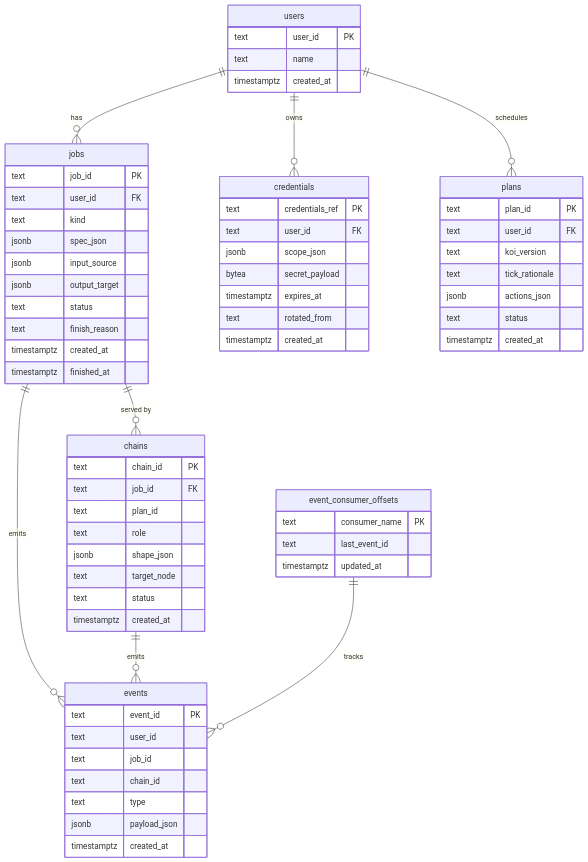
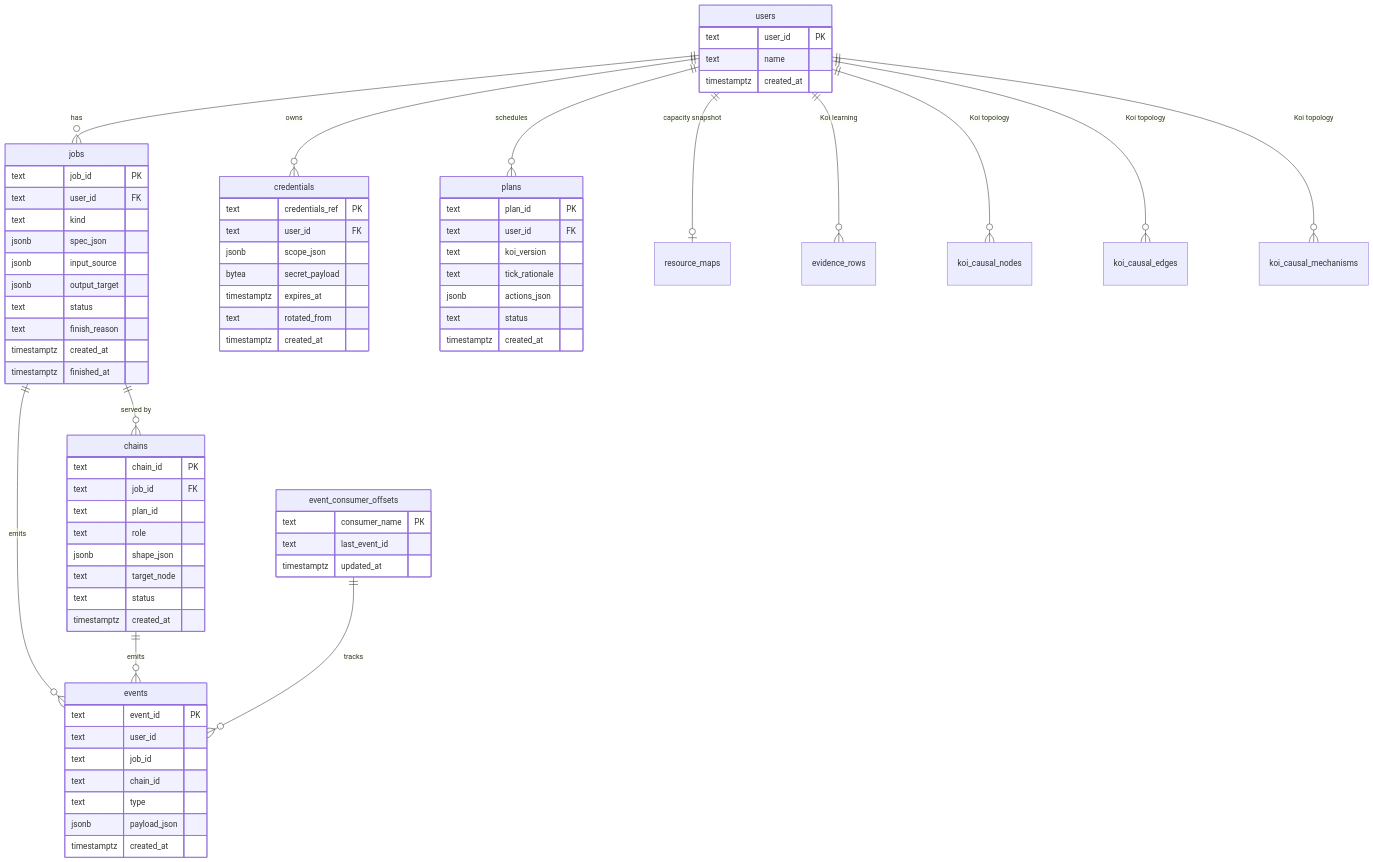
Before and after one commit to Tandemn-Labs/tandemn-store: the second of 5 diagrams in DATA_ARCHITECTURE.md, drawn with Mermaid. The commit also changed other lines of this file and 4 other files, not shown here.

First line of the commit message:
docs: align architecture docs with Postgres Koi stores

````diff
--- a/DATA_ARCHITECTURE.md
+++ b/DATA_ARCHITECTURE.md
@@ -119,70 +119,75 @@
 ```mermaid
 erDiagram
     users ||--o{ jobs : has
     users ||--o{ credentials : owns
     users ||--o{ plans : schedules
+    users ||--o| resource_maps : "capacity snapshot"
+    users ||--o{ evidence_rows : "Koi learning"
+    users ||--o{ koi_causal_nodes : "Koi topology"
+    users ||--o{ koi_causal_edges : "Koi topology"
+    users ||--o{ koi_causal_mechanisms : "Koi topology"
     jobs ||--o{ chains : "served by"
     jobs ||--o{ events : emits
     chains ||--o{ events : emits
     event_consumer_offsets ||--o{ events : tracks
 
     users {
       text user_id PK
       text name
       timestamptz created_at
     }
     jobs {
       text job_id PK
       text user_id FK
       text kind
       jsonb spec_json
       jsonb input_source
       jsonb output_target
       text status
       text finish_reason
       timestamptz created_at
       timestamptz finished_at
     }
     plans {
       text plan_id PK
       text user_id FK
       text koi_version
       text tick_rationale
       jsonb actions_json
       text status
       timestamptz created_at
     }
     chains {
       text chain_id PK
       text job_id FK
       text plan_id
       text role
       jsonb shape_json
       text target_node
       text status
       timestamptz created_at
     }
     events {
       text event_id PK
       text user_id
       text job_id
       text chain_id
       text type
       jsonb payload_json
       timestamptz created_at
     }
     event_consumer_offsets {
       text consumer_name PK
       text last_event_id
       timestamptz updated_at
     }
     credentials {
       text credentials_ref PK
       text user_id FK
       jsonb scope_json
       bytea secret_payload
       timestamptz expires_at
       text rotated_from
       timestamptz created_at
     }
 ```
````
